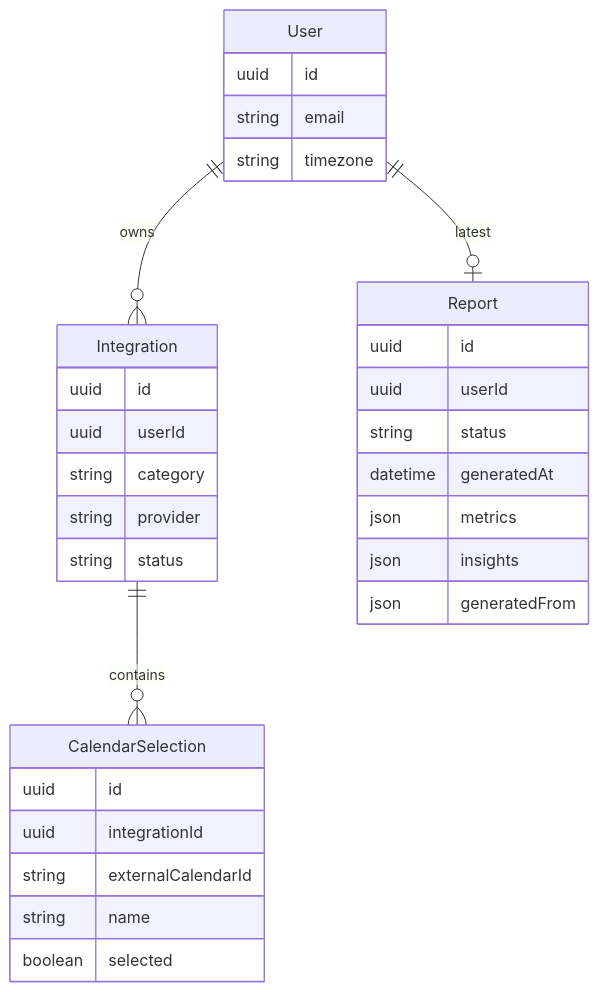
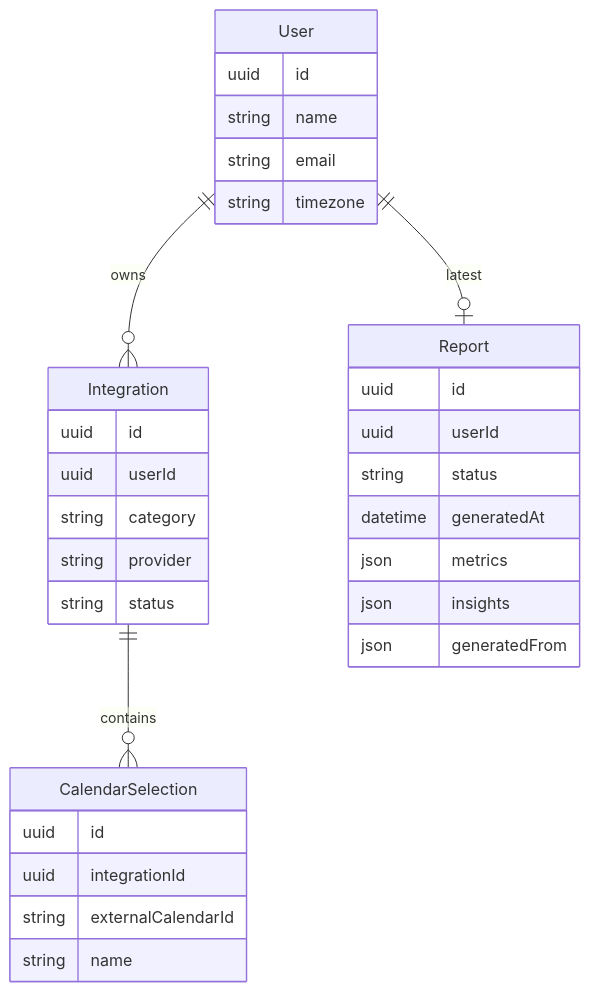
Before and after one commit to TheodoreChuang/my-subscriptions: the diagram in README.md, drawn with Mermaid. The commit also changed other lines of this file and 1 other file, not shown here.

````diff
--- a/README.md
+++ b/README.md
@@ -26,46 +54,45 @@
 ```mermaid
 erDiagram
 
     User ||--o{ Integration : owns
     Integration ||--o{ CalendarSelection : contains
     User ||--o| Report : latest
 
     User {
         uuid id
+        string name
         string email
         string timezone
     }
 
     Integration {
         uuid id
         uuid userId
 
         string category
         string provider
 
         string status
     }
 
     CalendarSelection {
         uuid id
         uuid integrationId
 
         string externalCalendarId
         string name
-
-        boolean selected
     }
 
     Report {
         uuid id
         uuid userId
 
         string status
 
         datetime generatedAt
 
         json metrics
         json insights
         json generatedFrom
     }
 ```
````
